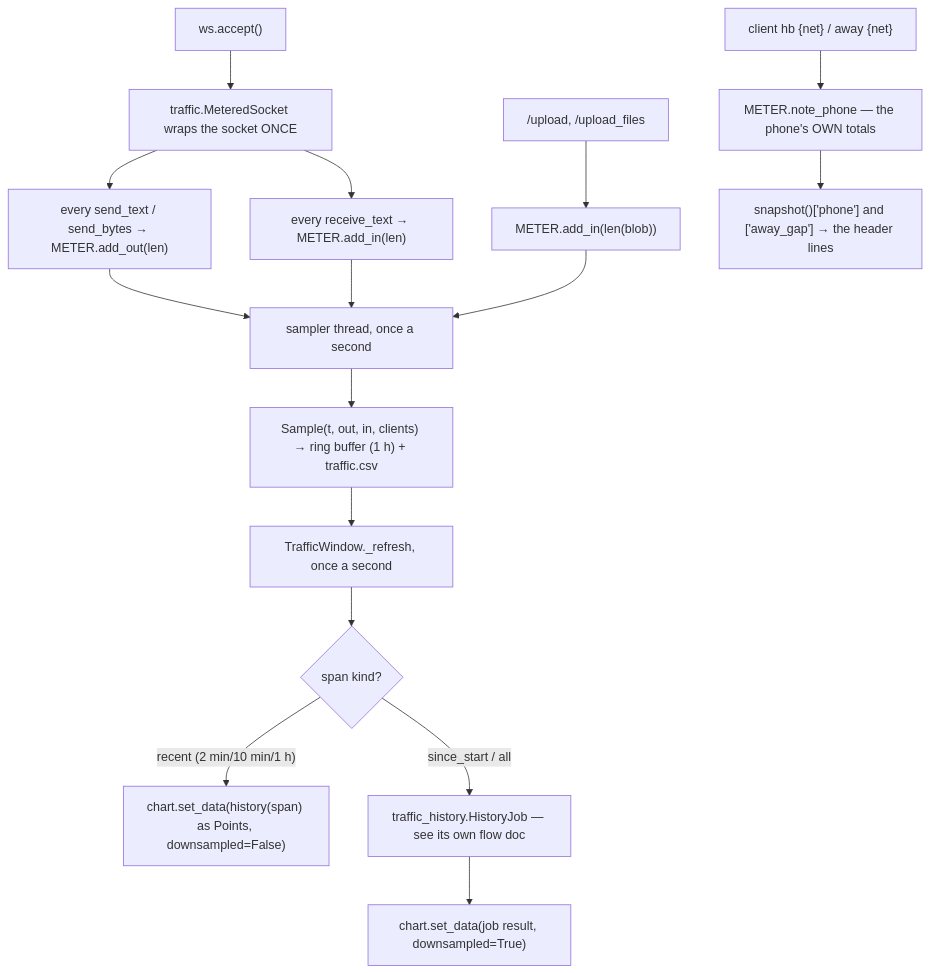
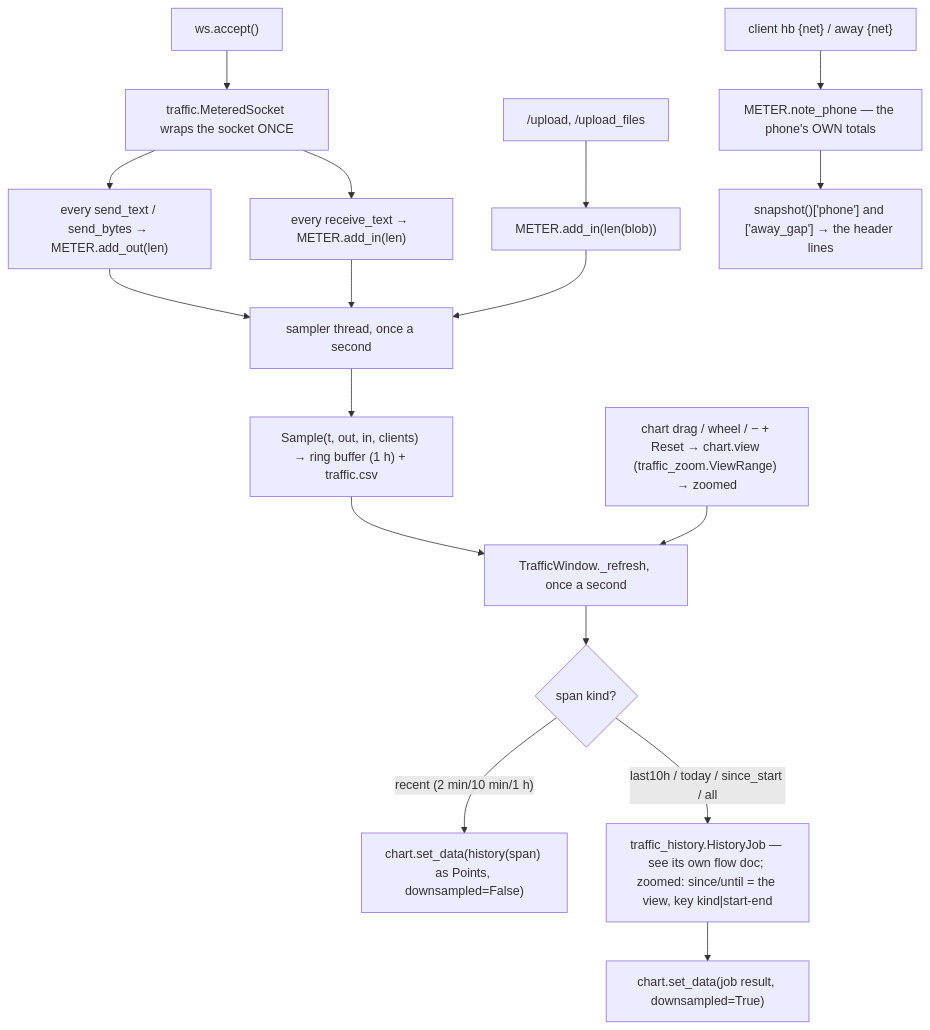
The first of 3 diagrams in server/gui/__flow/traffic_window.md (UVuruna/Remote-User), drawn with Mermaid before and after one commit. The commit also changed 9 other files, not shown here.

Commit message:
0.0.232 The Traffic graph zooms — a drag rectangle, the wheel, − / + / Reset — and is a real window with min/max

````diff
--- a/server/gui/__flow/traffic_window.md
+++ b/server/gui/__flow/traffic_window.md
@@ -7,18 +7,19 @@
 ```mermaid
 flowchart TB
     A["ws.accept()"] --> B["traffic.MeteredSocket wraps the socket ONCE"]
     B --> C["every send_text / send_bytes → METER.add_out(len)"]
     B --> D["every receive_text → METER.add_in(len)"]
     E["/upload, /upload_files"] --> F["METER.add_in(len(blob))"]
     G["client hb {net} / away {net}"] --> H["METER.note_phone — the phone's OWN totals"]
     C --> I["sampler thread, once a second"]
     D --> I
     F --> I
     I --> J["Sample(t, out, in, clients) → ring buffer (1 h) + traffic.csv"]
     J --> K["TrafficWindow._refresh, once a second"]
+    Z["chart drag / wheel / − + Reset → chart.view (traffic_zoom.ViewRange) → zoomed"] --> K
     K --> L{"span kind?"}
     L -- "recent (2 min/10 min/1 h)" --> M["chart.set_data(history(span) as Points, downsampled=False)"]
-    L -- "since_start / all" --> N["traffic_history.HistoryJob — see its own flow doc"]
+    L -- "last10h / today / since_start / all" --> N["traffic_history.HistoryJob — see its own flow doc; zoomed: since/until = the view, key kind|start-end"]
     N --> O["chart.set_data(job result, downsampled=True)"]
     H --> P["snapshot()['phone'] and ['away_gap'] → the header lines"]
 ```
````
